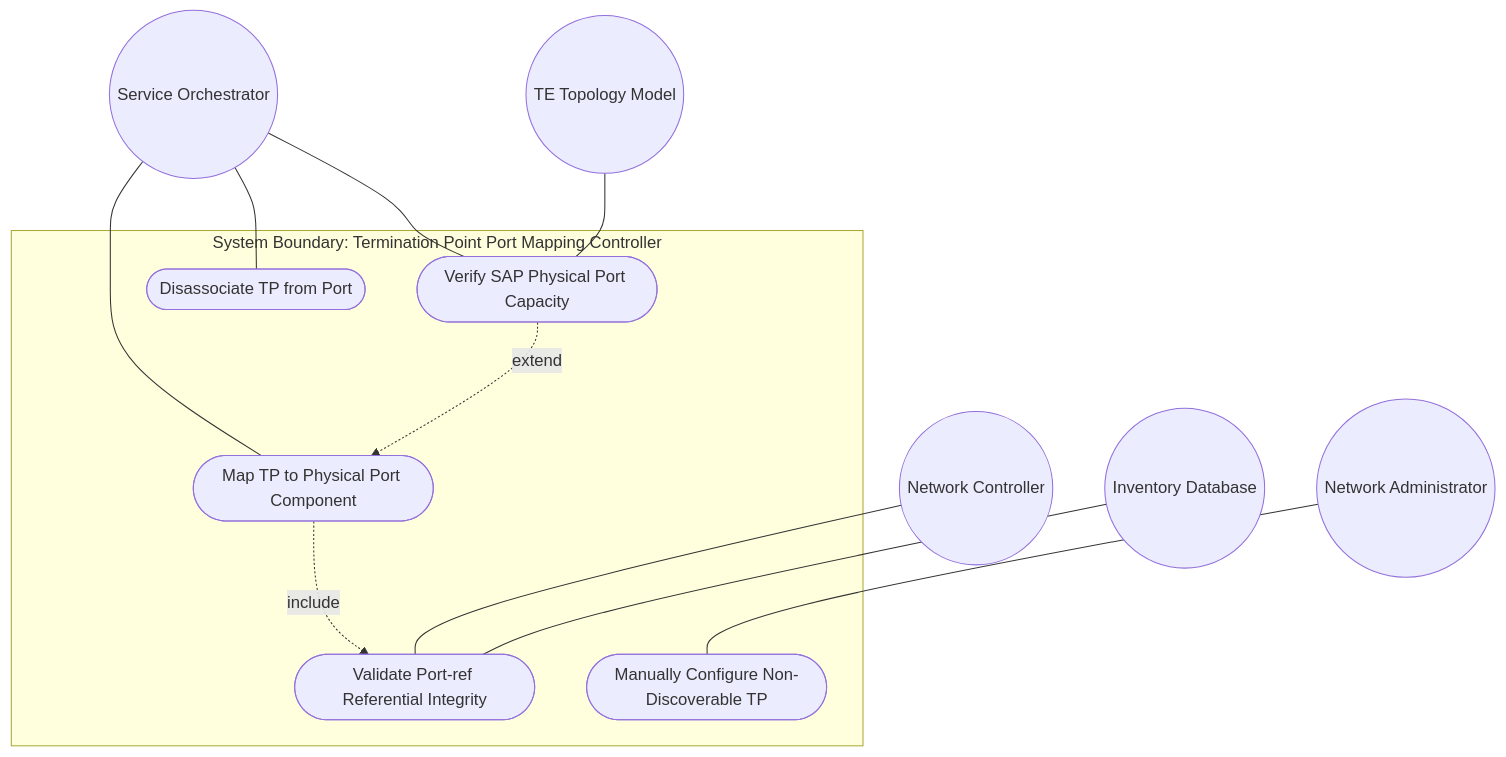
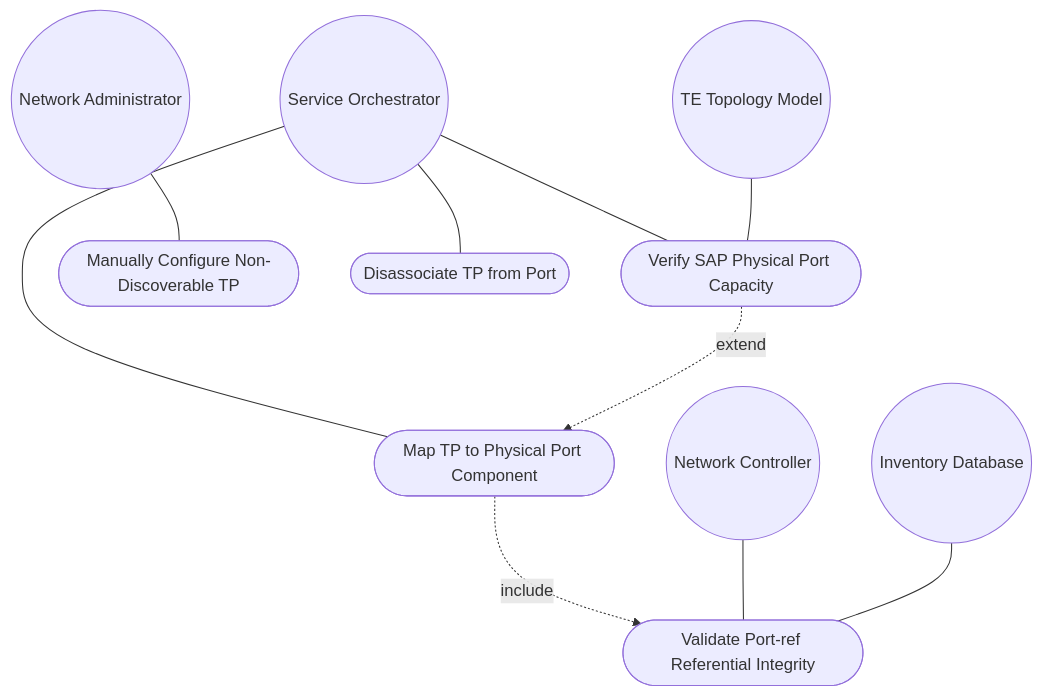
One commit to gintatkinson/3dgs-030 changed the first of 2 diagrams in docs/use-cases/uc-17-map-termination-point-to-physical-port.md. Above: the diagram before and after it, drawn with Mermaid. The commit also changed 20 other files, not shown here.

First line of the commit message:
fix: repair Mermaid rendering across all 18 use cases and 5 topology features

````diff
--- a/docs/use-cases/uc-17-map-termination-point-to-physical-port.md
+++ b/docs/use-cases/uc-17-map-termination-point-to-physical-port.md
@@ -98,19 +98,17 @@
 ```mermaid
 graph TD
-    subgraph "System Boundary: Termination Point Port Mapping Controller"
         UC_Map([Map TP to Physical Port Component])
         UC_Validate([Validate Port-ref Referential Integrity])
         UC_Capacity([Verify SAP Physical Port Capacity])
         UC_Manual([Manually Configure Non-Discoverable TP])
         UC_Remove([Disassociate TP from Port])
-    end
     Orchestrator((Service Orchestrator)) --- UC_Map
     Orchestrator --- UC_Capacity
     Orchestrator --- UC_Remove
     Admin((Network Administrator)) --- UC_Manual
     UC_Map -. "include" .-> UC_Validate
     UC_Capacity -. "extend" .-> UC_Map
     NwController((Network Controller)) --- UC_Validate
     InvDb((Inventory Database)) --- UC_Validate
     TeTopo((TE Topology Model)) --- UC_Capacity
 ```
````
